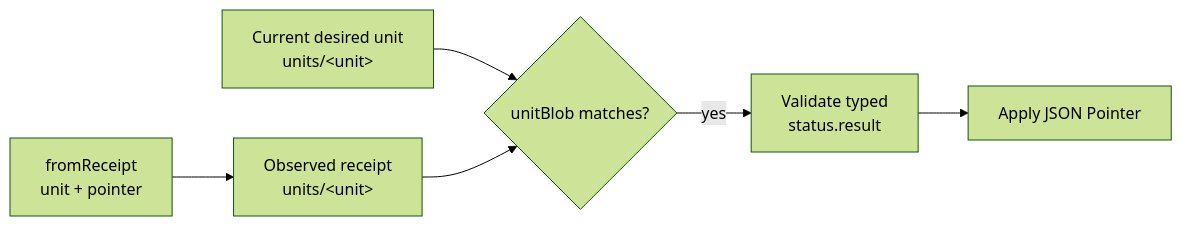
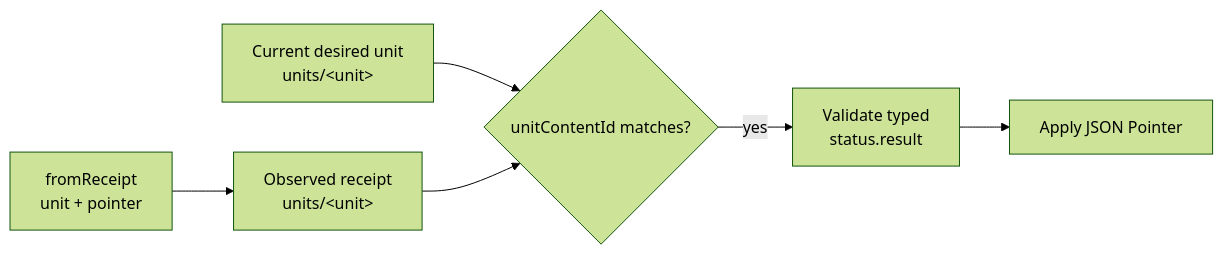
One commit to NiklasRosenstein/gitopsctr changed the diagram in docs/apis/receipt.md. Above: the diagram before and after it, drawn with Mermaid (forest theme). The commit also changed other lines of this file and 39 other files, not shown here.

Commit message:
Replace Receipt blob freshness with content identities

````diff
--- a/docs/apis/receipt.md
+++ b/docs/apis/receipt.md
@@ -60,8 +60,8 @@
 ```mermaid
 flowchart LR
   reference["fromReceipt<br/>unit + pointer"] --> receipt["Observed receipt<br/>units/&lt;unit&gt;"]
-  desired["Current desired unit<br/>units/&lt;unit&gt;"] --> freshness{"unitBlob matches?"}
+  desired["Current desired unit<br/>units/&lt;unit&gt;"] --> freshness{"unitContentId matches?"}
   receipt --> freshness
   freshness -->|yes| result["Validate typed<br/>status.result"]
   result --> pointer["Apply JSON Pointer"]
 ```
````
